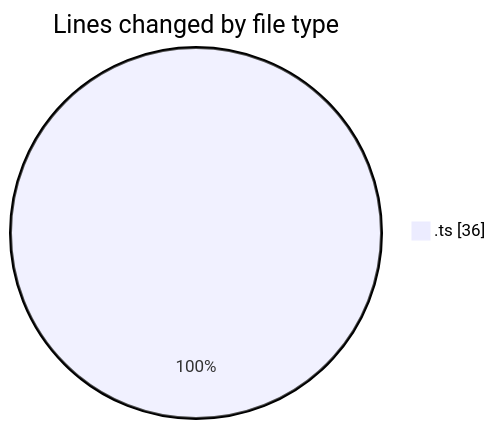
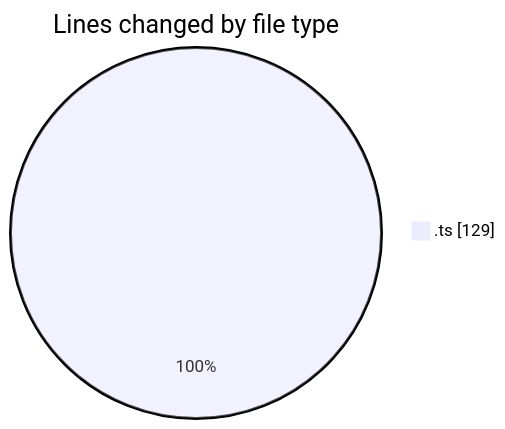
Before and after one commit to momahboobian/code-tracking: the first of 2 diagrams in 2025-05-01/cda/README.md, drawn with Mermaid. The commit also changed other lines of this file and 1 other file, not shown here.

````diff
--- a/2025-05-01/cda/README.md
+++ b/2025-05-01/cda/README.md
@@ -20,5 +21,5 @@
 ```mermaid
 pie showData
 title Lines changed by file type
-".ts" : 36
+".ts" : 129
 ```
````
